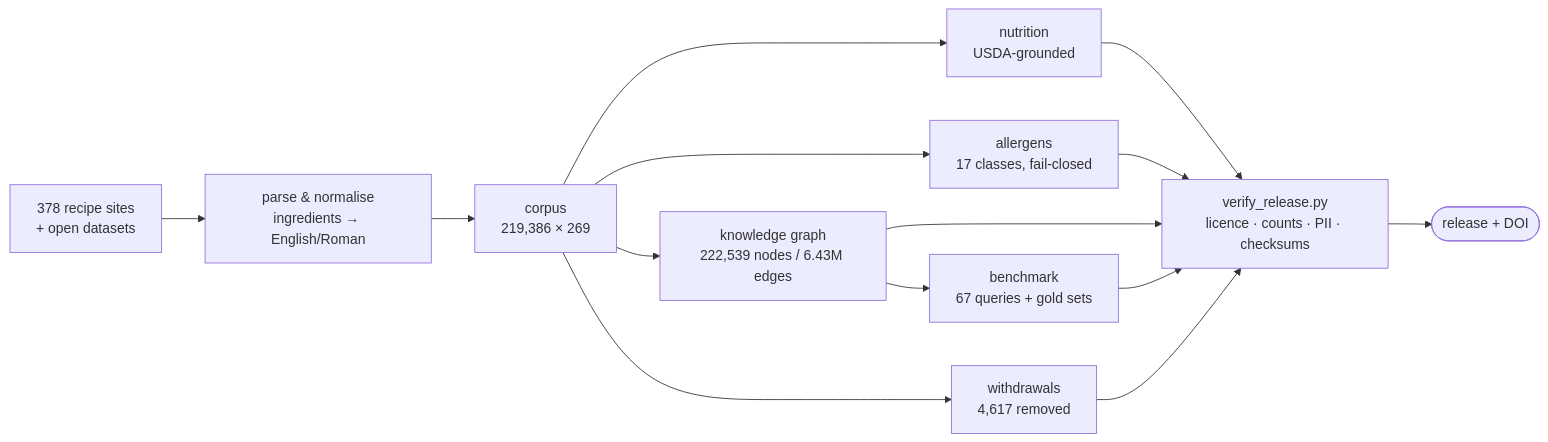
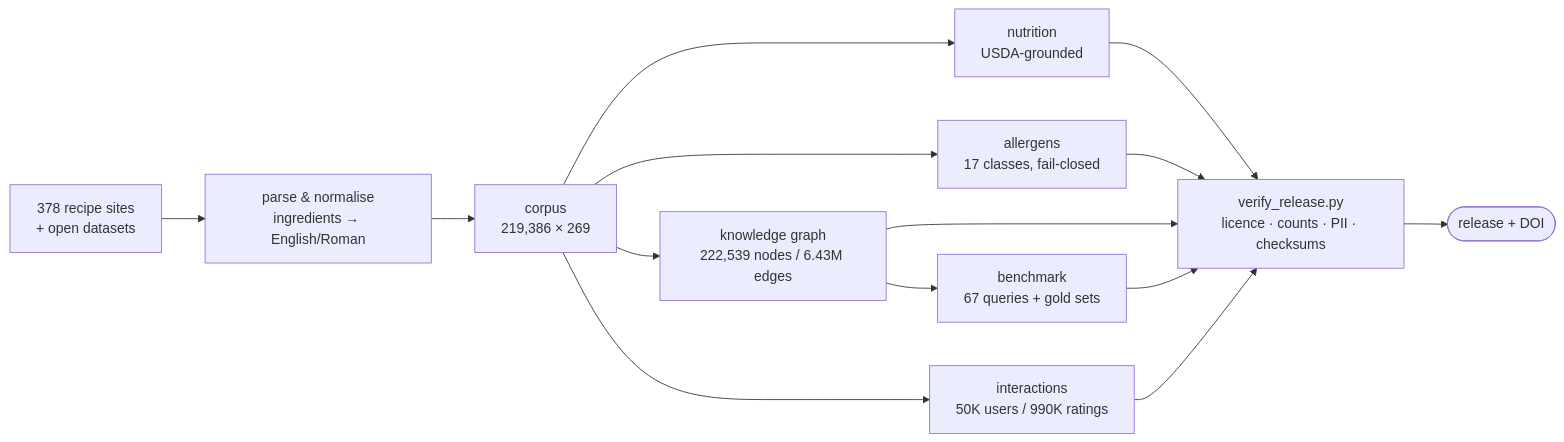
One commit to Poshaka-Research-Lab/IndicRecipeNutri-dataset changed the first of 2 diagrams in README.md. Above: the diagram before and after it, drawn with Mermaid. The commit also changed other lines of this file and 4 other files, not shown here.

````diff
--- a/README.md
+++ b/README.md
@@ -113,12 +170,12 @@
 ```mermaid
 flowchart LR
     A["378 recipe sites<br/>+ open datasets"] --> B["parse & normalise<br/>ingredients → English/Roman"]
     B --> C["corpus<br/>219,386 × 269"]
     C --> D["nutrition<br/>USDA-grounded"]
     C --> E["allergens<br/>17 classes, fail-closed"]
     C --> F["knowledge graph<br/>222,539 nodes / 6.43M edges"]
     F --> G["benchmark<br/>67 queries + gold sets"]
-    C --> H["withdrawals<br/>4,617 removed"]
-    D & E & F & G & H --> I["verify_release.py<br/>licence · counts · PII · checksums"]
+    C --> K["interactions<br/>50K users / 990K ratings"]
+    D & E & F & G & K --> I["verify_release.py<br/>licence · counts · PII · checksums"]
     I --> J(["release + DOI"])
 ```
````
